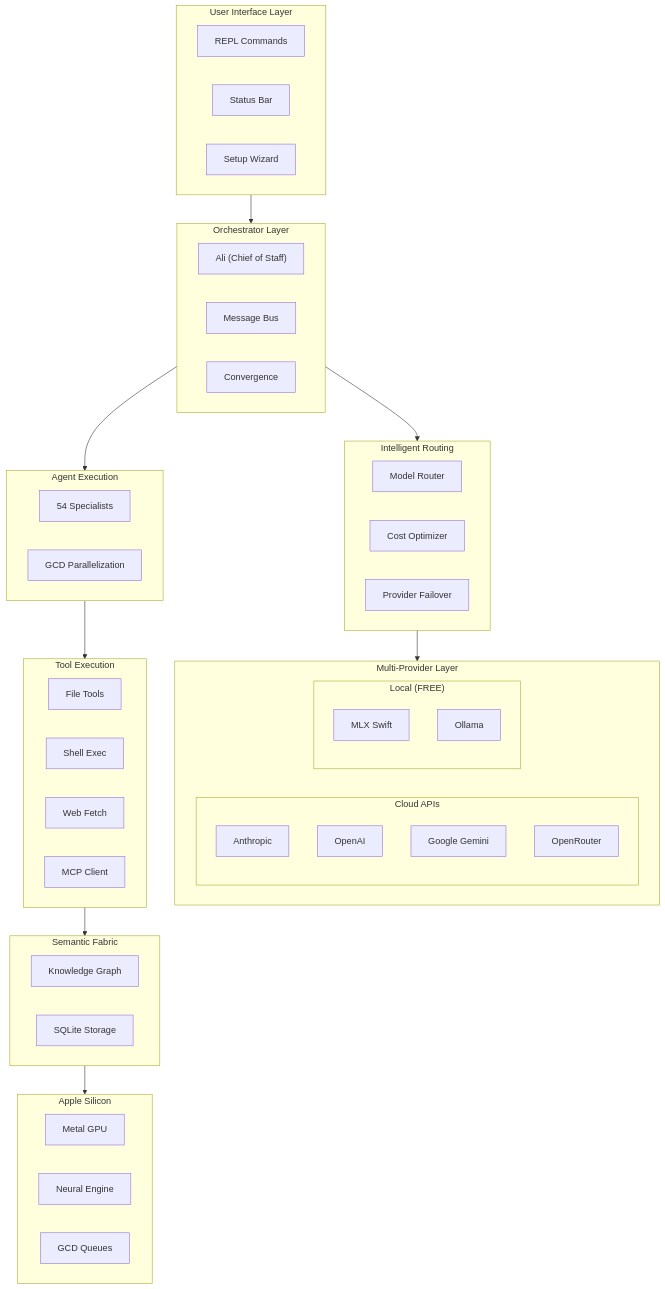
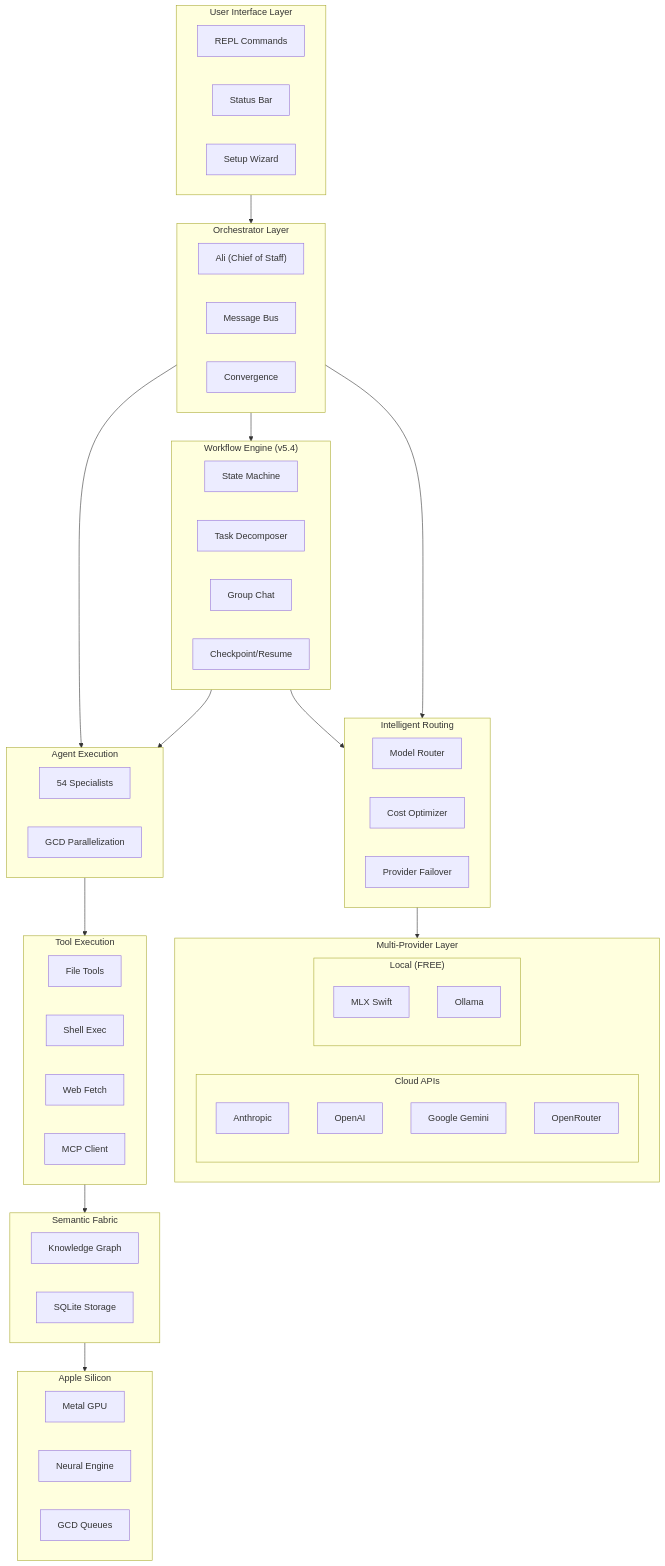
The diagram in README.md (Roberdan/convergio-cli), drawn with Mermaid before and after one commit. The commit also changed other lines of this file and 8 other files, not shown here.

````diff
--- a/README.md
+++ b/README.md
@@ -661,64 +669,74 @@
 ```mermaid
 flowchart TB
     subgraph UI["User Interface Layer"]
         REPL["REPL Commands"]
         StatusBar["Status Bar"]
         SetupWizard["Setup Wizard"]
     end
 
     subgraph ORCH["Orchestrator Layer"]
         Ali["Ali (Chief of Staff)"]
         MsgBus["Message Bus"]
         Conv["Convergence"]
+    end
+
+    subgraph WORKFLOW["Workflow Engine (v5.4)"]
+        StateMachine["State Machine"]
+        TaskDecomp["Task Decomposer"]
+        GroupChat["Group Chat"]
+        Checkpoint["Checkpoint/Resume"]
     end
 
     subgraph ROUTER["Intelligent Routing"]
         ModelRouter["Model Router"]
         CostOpt["Cost Optimizer"]
         Failover["Provider Failover"]
     end
 
     subgraph PROVIDERS["Multi-Provider Layer"]
         subgraph Cloud["Cloud APIs"]
             Anthropic["Anthropic"]
             OpenAI["OpenAI"]
             Gemini["Google Gemini"]
             OpenRouter["OpenRouter"]
         end
         subgraph Local["Local (FREE)"]
             MLX["MLX Swift"]
             Ollama["Ollama"]
         end
     end
 
     subgraph AGENTS["Agent Execution"]
         AgentPool["54 Specialists"]
         GCD["GCD Parallelization"]
     end
 
     subgraph TOOLS["Tool Execution"]
         FileTools["File Tools"]
         ShellExec["Shell Exec"]
         WebFetch["Web Fetch"]
         MCPClient["MCP Client"]
     end
 
     subgraph FABRIC["Semantic Fabric"]
         SemanticGraph["Knowledge Graph"]
         SQLite["SQLite Storage"]
     end
 
     subgraph SILICON["Apple Silicon"]
         Metal["Metal GPU"]
         NeuralEngine["Neural Engine"]
         GCDQueues["GCD Queues"]
     end
 
     UI --> ORCH
+    ORCH --> WORKFLOW
+    WORKFLOW --> ROUTER
     ORCH --> ROUTER
     ROUTER --> PROVIDERS
     ORCH --> AGENTS
+    WORKFLOW --> AGENTS
     AGENTS --> TOOLS
     TOOLS --> FABRIC
     FABRIC --> SILICON
 ```
````
